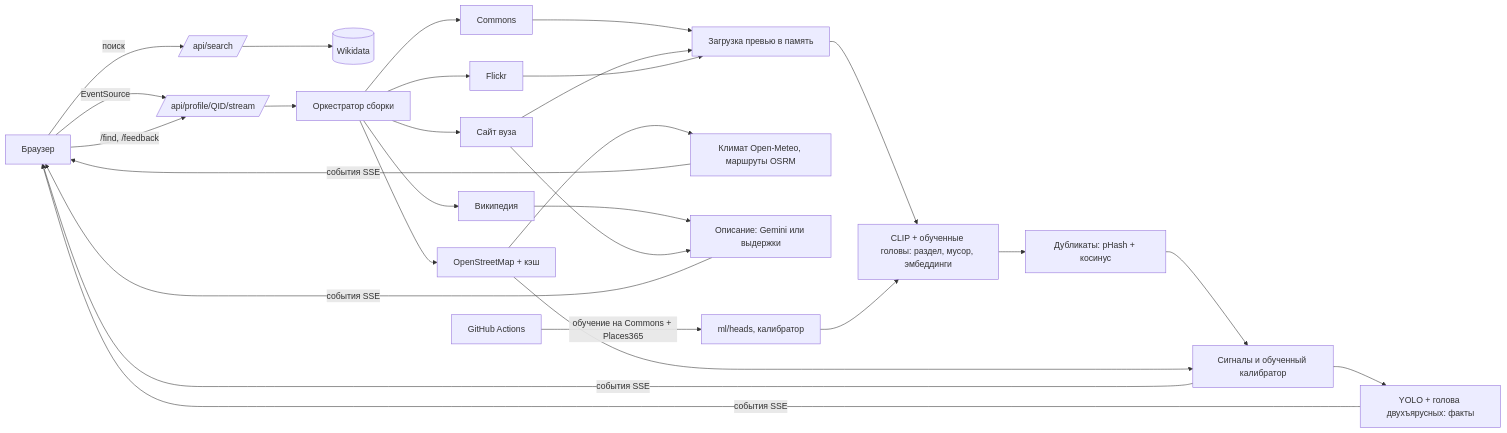
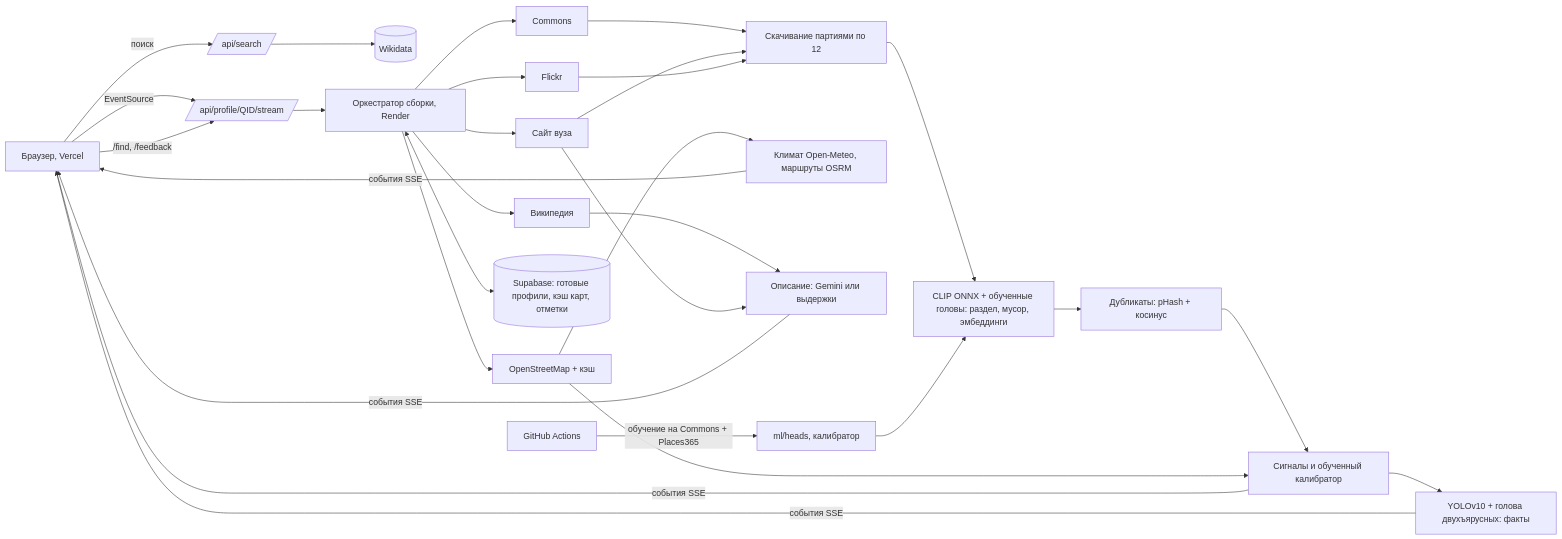
One commit to zhomarterkhainar-svg/locus changed the diagram in README.md. Above: the diagram before and after it, drawn with Mermaid. The commit also changed other lines of this file and 56 other files, not shown here.

First line of the commit message:
ONNX-рантайм вместо PyTorch, профиль за 3-6 секунд, деплой на Vercel + Render + Supabase

````diff
--- a/README.md
+++ b/README.md
@@ -79,24 +103,25 @@
 ```mermaid
 flowchart LR
-  U[Браузер] -- поиск --> S[/api/search/]
+  U[Браузер, Vercel] -- поиск --> S[/api/search/]
   S --> WD[(Wikidata)]
   U -- EventSource --> P[/api/profile/QID/stream/]
-  P --> O[Оркестратор сборки]
+  P --> O[Оркестратор сборки, Render]
   O --> C[Commons]
   O --> W[Сайт вуза]
   O --> F[Flickr]
   O --> M[OpenStreetMap + кэш]
   O --> WP[Википедия]
-  C & W & F --> L[Загрузка превью в память]
-  L --> V[CLIP + обученные головы: раздел, мусор, эмбеддинги]
+  C & W & F --> L[Скачивание партиями по 12]
+  L --> V[CLIP ONNX + обученные головы: раздел, мусор, эмбеддинги]
   V --> D[Дубликаты: pHash + косинус]
   D --> R[Сигналы и обученный калибратор]
   M --> R
-  R --> Y[YOLO + голова двухъярусных: факты]
+  R --> Y[YOLOv10 + голова двухъярусных: факты]
   M --> X[Климат Open-Meteo, маршруты OSRM]
   WP & W --> G[Описание: Gemini или выдержки]
   R & Y & G & X -- события SSE --> U
+  O <--> SB[(Supabase: готовые профили, кэш карт, отметки)]
   U -- /find, /feedback --> P
   GA[GitHub Actions] -- обучение на Commons + Places365 --> H[ml/heads, калибратор]
   H --> V
 ```
````
